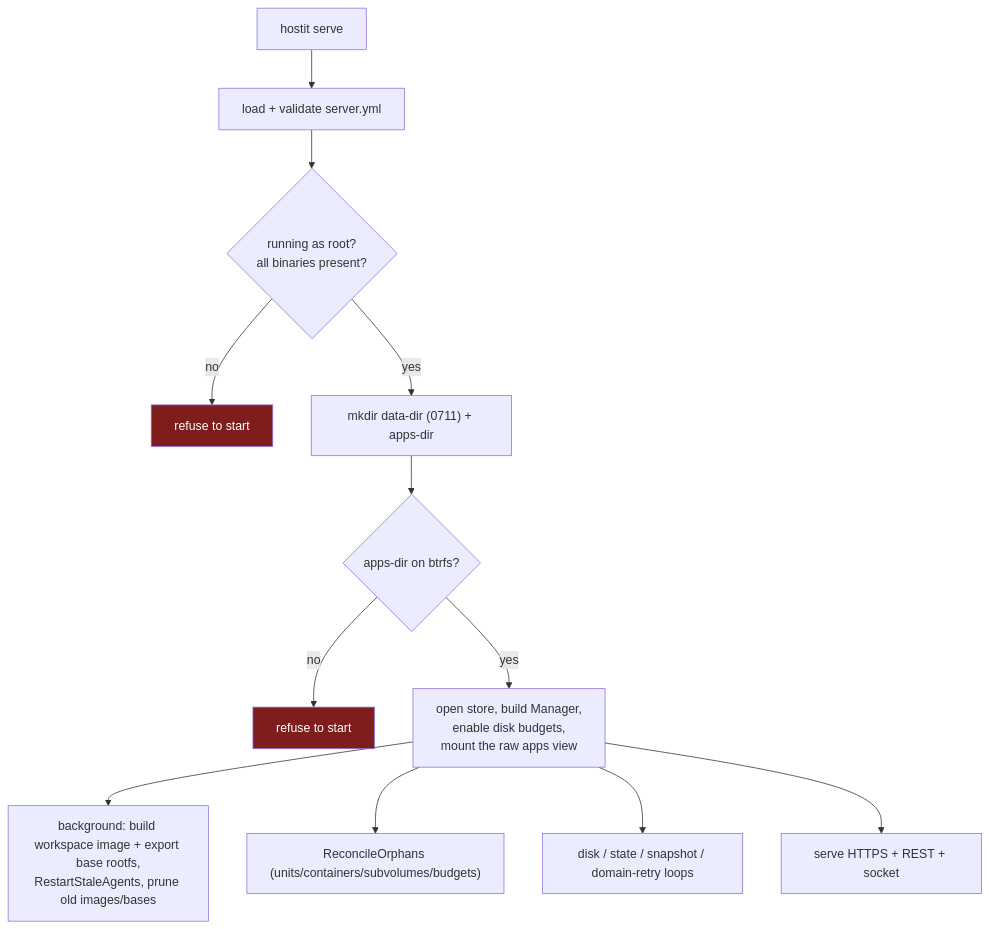
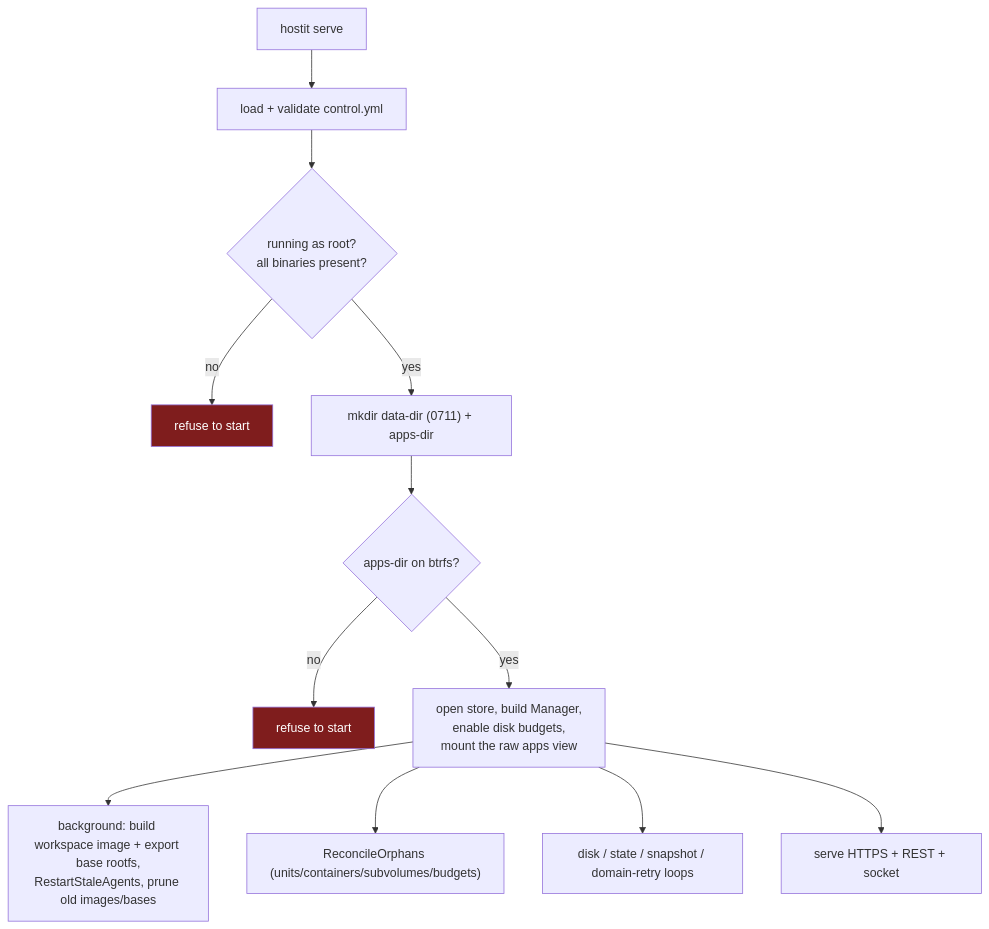
One commit to binwiederhier/hostit changed the diagram in docs/subsystems/release-and-preflight.md. Above: the diagram before and after it, drawn with Mermaid. The commit also changed other lines of this file and 19 other files, not shown here.

First line of the commit message:
config: every component gets its own /etc/hostit/<component>/<component>.yml

````diff
--- a/docs/subsystems/release-and-preflight.md
+++ b/docs/subsystems/release-and-preflight.md
@@ -97,16 +97,16 @@
 ```mermaid
 flowchart TB
-    start["hostit serve"] --> cfg["load + validate server.yml"]
+    start["hostit serve"] --> cfg["load + validate control.yml"]
     cfg --> root{"running as root?<br/>all binaries present?"}
     root -->|no| die1["refuse to start"]
     root -->|yes| dirs["mkdir data-dir (0711) + apps-dir"]
     dirs --> btr{"apps-dir on btrfs?"}
     btr -->|no| die2["refuse to start"]
     btr -->|yes| open["open store, build Manager,<br/>enable disk budgets,<br/>mount the raw apps view"]
     open --> bg["background: build workspace image + export base rootfs,<br/>RestartStaleAgents, prune old images/bases"]
     open --> rec["ReconcileOrphans (units/containers/subvolumes/budgets)"]
     open --> loops["disk / state / snapshot / domain-retry loops"]
     open --> srv["serve HTTPS + REST + socket"]
     style die1 fill:#7f1d1d,color:#fff
     style die2 fill:#7f1d1d,color:#fff
 ```
````
